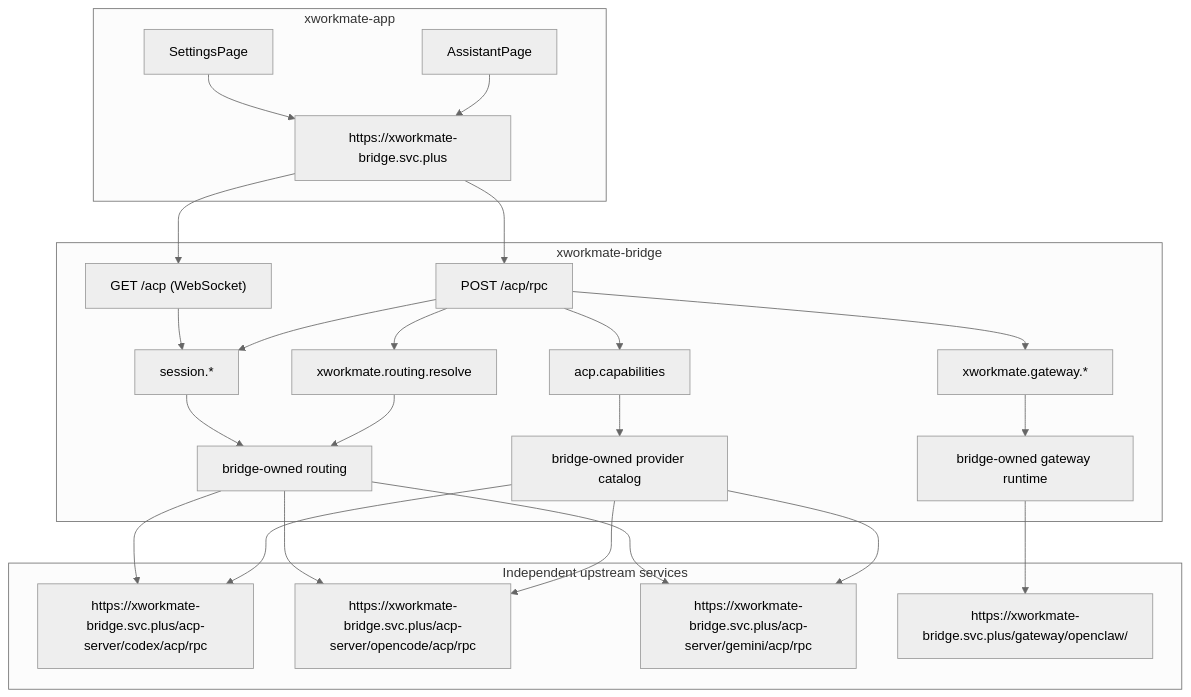
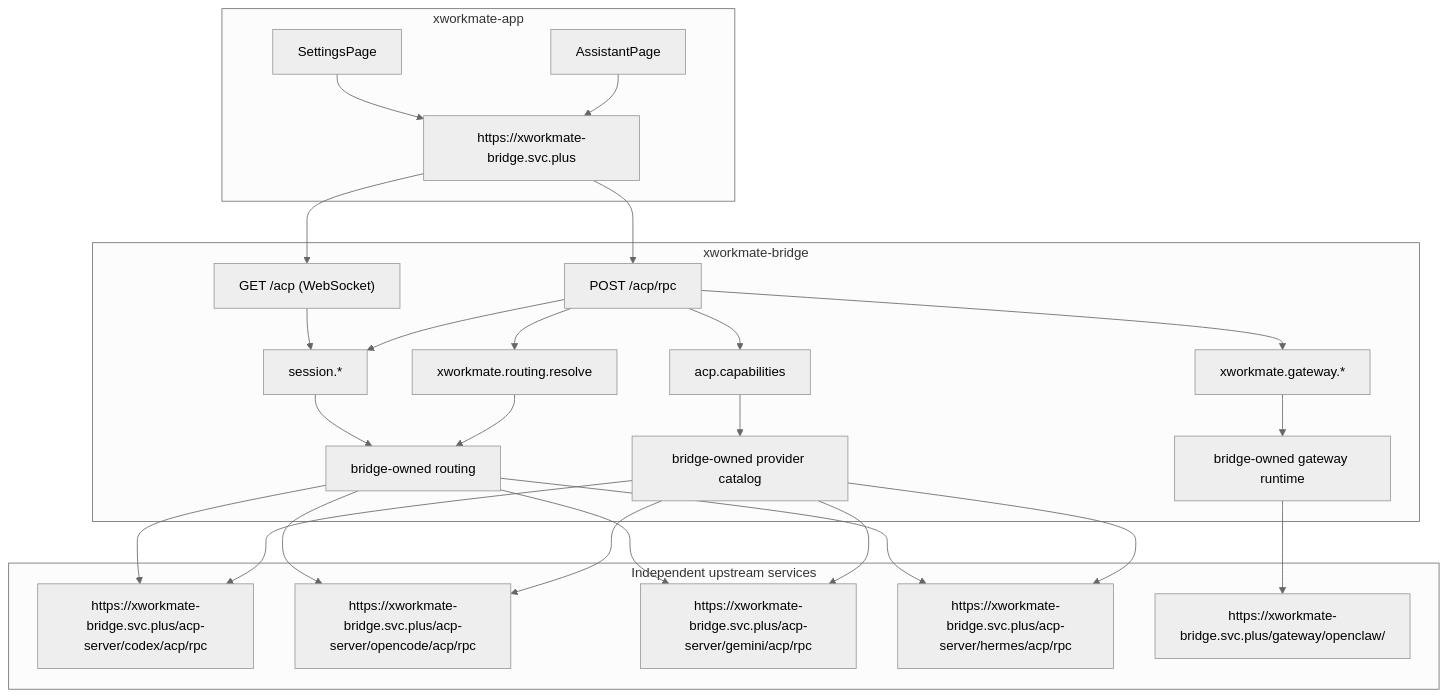
The first of 2 diagrams in docs/architecture/acp-forwarding-topology.md (ai-workspace-lab/xworkmate-bridge), drawn with Mermaid (neutral theme) before and after one commit. The commit also changed other lines of this file and 4 other files, not shown here.

Commit message:
Document live xworkmate bridge topology

````diff
--- a/docs/architecture/acp-forwarding-topology.md
+++ b/docs/architecture/acp-forwarding-topology.md
@@ -23,49 +23,52 @@
 ```mermaid
 flowchart TD
   subgraph APP["xworkmate-app"]
     A1["AssistantPage"]
     A2["SettingsPage"]
     A3["https://xworkmate-bridge.svc.plus"]
     A1 --> A3
     A2 --> A3
   end
 
   subgraph BRIDGE["xworkmate-bridge"]
     B1["POST /acp/rpc"]
     B2["GET /acp (WebSocket)"]
     B3["acp.capabilities"]
     B4["xworkmate.routing.resolve"]
     B5["session.*"]
     B6["xworkmate.gateway.*"]
     B7["bridge-owned provider catalog"]
     B8["bridge-owned routing"]
-    B9["bridge-owned gateway runtime"]
+  B9["bridge-owned gateway runtime"]
 
     A3 --> B1
     A3 --> B2
     B1 --> B3
     B1 --> B4
     B1 --> B5
     B1 --> B6
     B2 --> B5
     B3 --> B7
     B4 --> B8
     B5 --> B8
     B6 --> B9
   end
 
   subgraph UPSTREAM["Independent upstream services"]
     C1["https://xworkmate-bridge.svc.plus/acp-server/codex/acp/rpc"]
     C2["https://xworkmate-bridge.svc.plus/acp-server/opencode/acp/rpc"]
     C3["https://xworkmate-bridge.svc.plus/acp-server/gemini/acp/rpc"]
-    C4["https://xworkmate-bridge.svc.plus/gateway/openclaw/"]
+    C4["https://xworkmate-bridge.svc.plus/acp-server/hermes/acp/rpc"]
+    C5["https://xworkmate-bridge.svc.plus/gateway/openclaw/"]
   end
 
   B7 --> C1
   B7 --> C2
   B7 --> C3
+  B7 --> C4
   B8 --> C1
   B8 --> C2
   B8 --> C3
-  B9 --> C4
+  B8 --> C4
+  B9 --> C5
 ```
````
